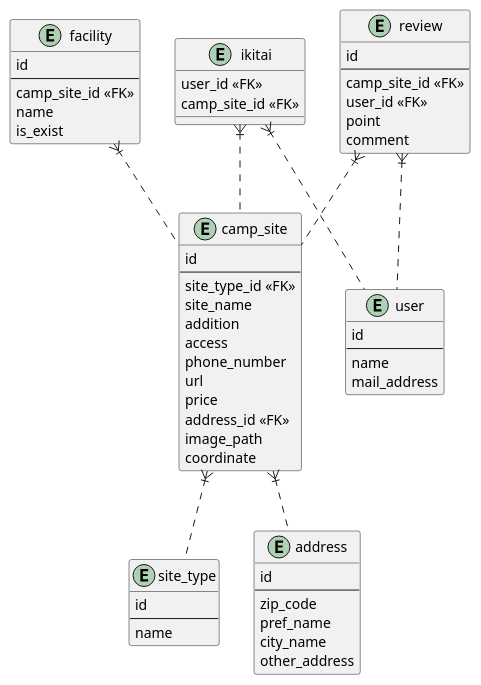
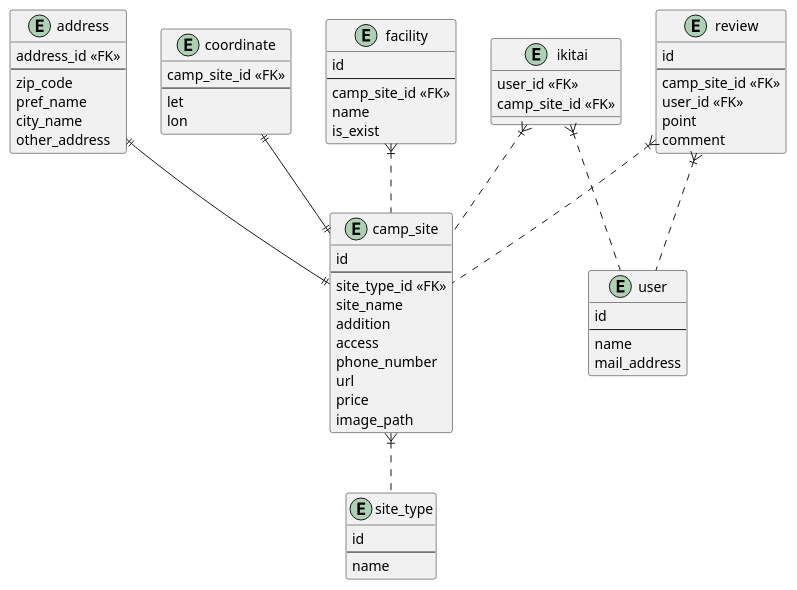
One commit to tamaki-tech/camp-ikitai changed the diagram in camp_ikitai_doc/DataModel.pu. Above: the diagram before and after it, drawn with PlantUML. The commit also changed 3 other files, not shown here.

```diff
--- a/camp_ikitai_doc/DataModel.pu
+++ b/camp_ikitai_doc/DataModel.pu
@@ -1,69 +1,75 @@
 @startuml data_model
 
 entity site_type {
     id
     --
     name
-}
-
-entity address {
-    id
-    --
-    zip_code
-    pref_name
-    city_name
-    other_address
 }
 
 entity camp_site {
     id
     --
     site_type_id <<FK>>
     site_name
     addition
     access
     phone_number
     url
     price
-    address_id <<FK>>
     image_path
-    coordinate
 }
 camp_site }|.. site_type
-camp_site }|.. address
+
+entity address {
+    address_id <<FK>>
+    --
+    zip_code
+    pref_name
+    city_name
+    other_address
+}
+address||--||camp_site
+
+entity coordinate {
+    camp_site_id <<FK>>
+    --
+    let
+    lon
+}
+coordinate||--||camp_site
 
 entity facility {
     id
     --
     camp_site_id <<FK>>
     name
     is_exist
 }
 facility }|.. camp_site
 
 entity user {
     id
     --
     name
     mail_address
 }
 
 entity review {
     id
     --
     camp_site_id <<FK>>
     user_id <<FK>>
     point
     comment
 }
 review }|.. camp_site
 review }|.. user
 
 entity ikitai {
     user_id <<FK>>
     camp_site_id <<FK>>
 }
 ikitai }|.. user
 ikitai }|.. camp_site
 
 @enduml
```
